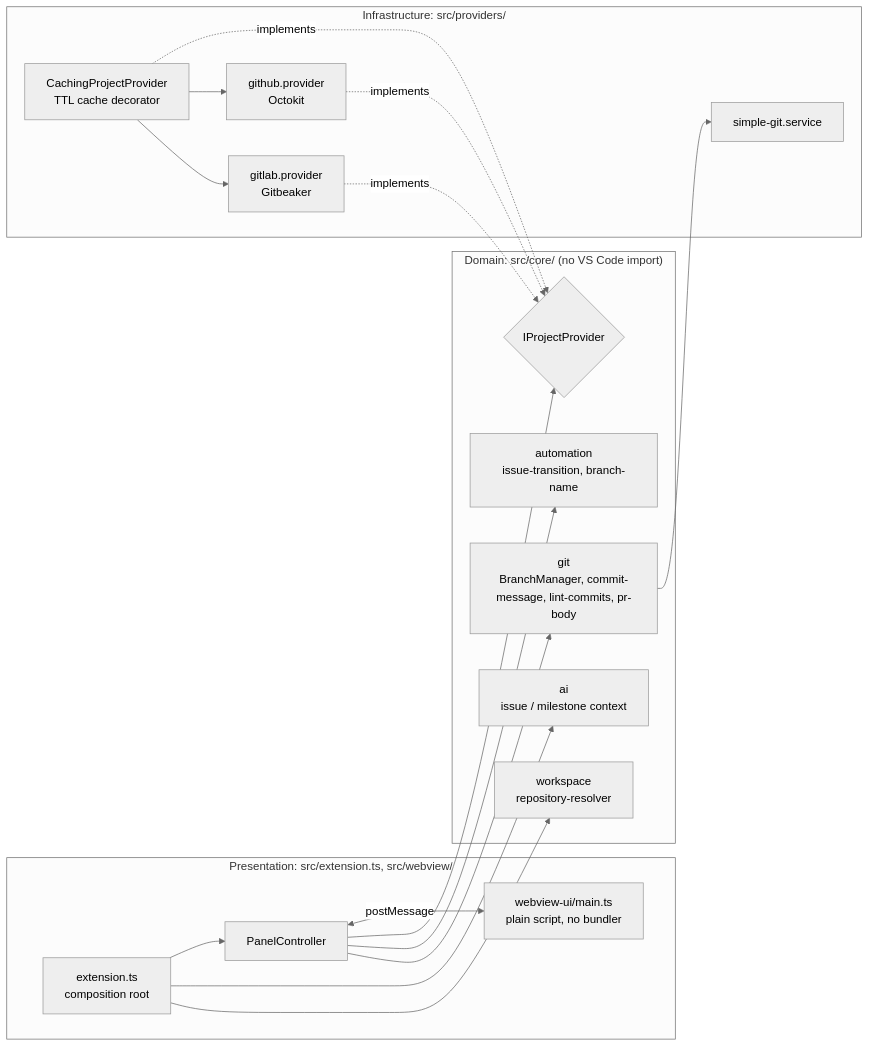
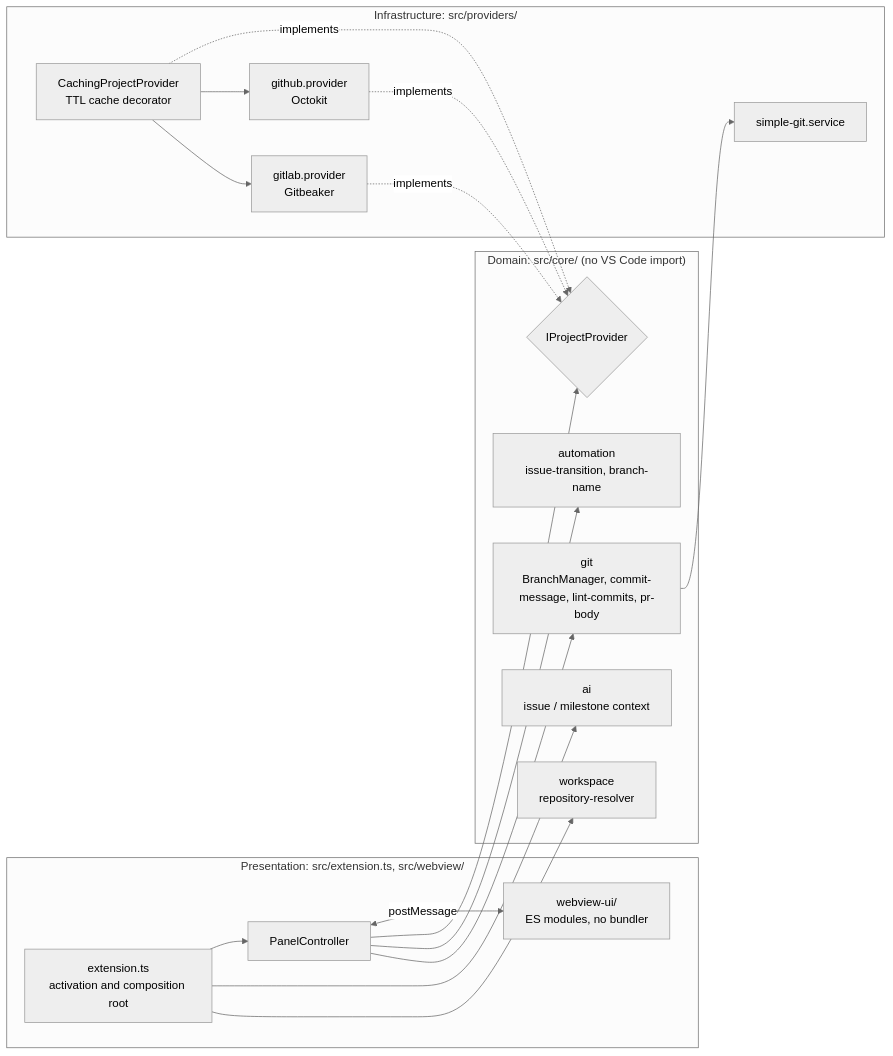
Before and after one commit to vincent-agi/remote-project-manager-vscode: the diagram in README.md, drawn with Mermaid (neutral theme). The commit also changed other lines of this file and 11 other files, not shown here.

````diff
--- a/README.md
+++ b/README.md
@@ -37,34 +37,34 @@
 ```mermaid
 flowchart LR
   subgraph PRES["Presentation: src/extension.ts, src/webview/"]
-    EXT[extension.ts<br/>composition root]
+    EXT[extension.ts<br/>activation and composition root]
     PC[PanelController]
-    WV[webview-ui/main.ts<br/>plain script, no bundler]
+    WV[webview-ui/<br/>ES modules, no bundler]
   end
   subgraph CORE["Domain: src/core/ (no VS Code import)"]
     IPP{IProjectProvider}
     AUTO[automation<br/>issue-transition, branch-name]
     GITL[git<br/>BranchManager, commit-message, lint-commits, pr-body]
     AI[ai<br/>issue / milestone context]
     WS[workspace<br/>repository-resolver]
   end
   subgraph INFRA["Infrastructure: src/providers/"]
     CACHE[CachingProjectProvider<br/>TTL cache decorator]
     GH[github.provider<br/>Octokit]
     GL[gitlab.provider<br/>Gitbeaker]
     SG[simple-git.service]
   end
   EXT --> PC
   PC <-- postMessage --> WV
   PC --> IPP
   PC --> AUTO
   PC --> GITL
   EXT --> AI
   EXT --> WS
   CACHE -. implements .-> IPP
   GH -. implements .-> IPP
   GL -. implements .-> IPP
   CACHE --> GH
   CACHE --> GL
   GITL --> SG
 ```
````
